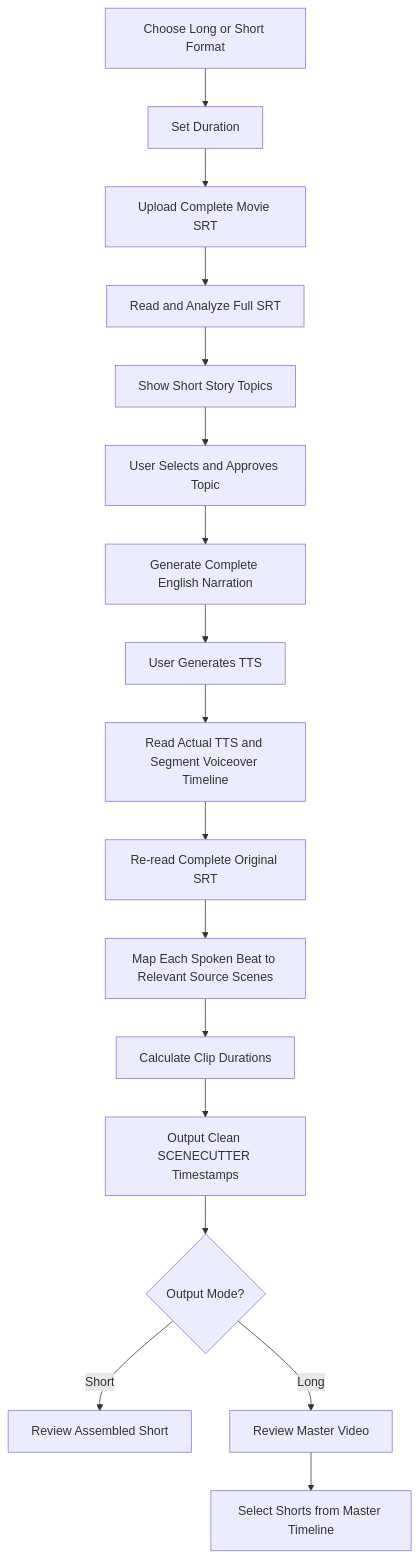
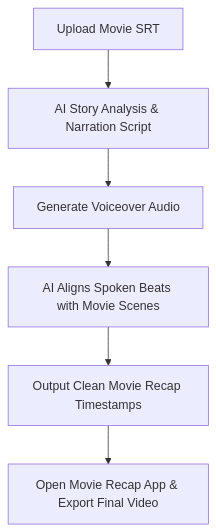
The diagram in README.md (trykamran/movie-recap-studio), drawn with Mermaid before and after one commit. The commit also changed other lines of this file, not shown here.

Commit message:
docs: Update README with concise sections, Movie Recap apps, and single prompt Claude install

````diff
--- a/README.md
+++ b/README.md
@@ -72,19 +53,8 @@
 ```mermaid
 flowchart TD
-    A[Choose Long or Short Format] --> B[Set Duration]
-    B --> C[Upload Complete Movie SRT]
-    C --> D[Read and Analyze Full SRT]
-    D --> E[Show Short Story Topics]
-    E --> F[User Selects and Approves Topic]
-    F --> G[Generate Complete English Narration]
-    G --> H[User Generates TTS]
-    H --> I[Read Actual TTS and Segment Voiceover Timeline]
-    I --> J[Re-read Complete Original SRT]
-    J --> K[Map Each Spoken Beat to Relevant Source Scenes]
-    K --> L[Calculate Clip Durations]
-    L --> M[Output Clean SCENECUTTER Timestamps]
-    M --> N{Output Mode?}
-    N -->|Short| O[Review Assembled Short]
-    N -->|Long| P[Review Master Video]
-    P --> Q[Select Shorts from Master Timeline]
+    A[Upload Movie SRT] --> B[AI Story Analysis & Narration Script]
+    B --> C[Generate Voiceover Audio]
+    C --> D[AI Aligns Spoken Beats with Movie Scenes]
+    D --> E[Output Clean Movie Recap Timestamps]
+    E --> F[Open Movie Recap App & Export Final Video]
 ```
````
